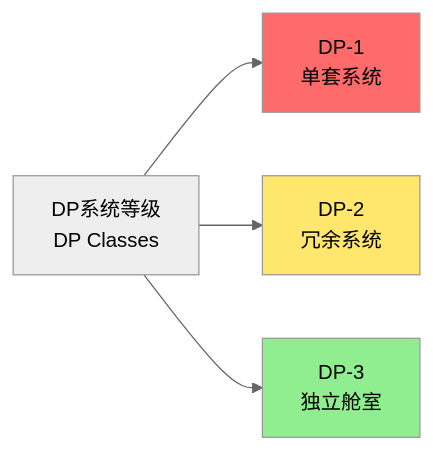
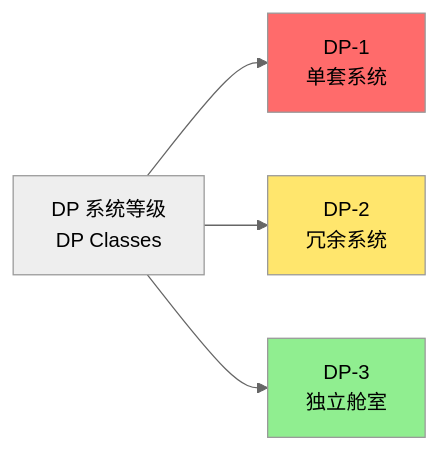
The second of 3 diagrams in 04_EngineeringAndTechnology/HydraulicAndMarineEngineering/NavalArchitecture/MarineStructures.md (Tianshang301/TianshangKnowledgeBase), drawn with Mermaid (neutral theme) before and after one commit. The commit also changed other lines of this file and 2257 other files, not shown here.

````diff
--- a/04_EngineeringAndTechnology/HydraulicAndMarineEngineering/NavalArchitecture/MarineStructures.md
+++ b/04_EngineeringAndTechnology/HydraulicAndMarineEngineering/NavalArchitecture/MarineStructures.md
@@ -134,10 +136,10 @@
 ```mermaid
 graph LR
-    A[DP系统等级<br/>DP Classes] --> B[DP-1<br/>单套系统]
+    A[DP 系统等级<br/>DP Classes] --> B[DP-1<br/>单套系统]
     A --> C[DP-2<br/>冗余系统]
     A --> D[DP-3<br/>独立舱室]
     
     style B fill:#FF6B6B
     style C fill:#FFE66D
     style D fill:#90EE90
 ```
````
